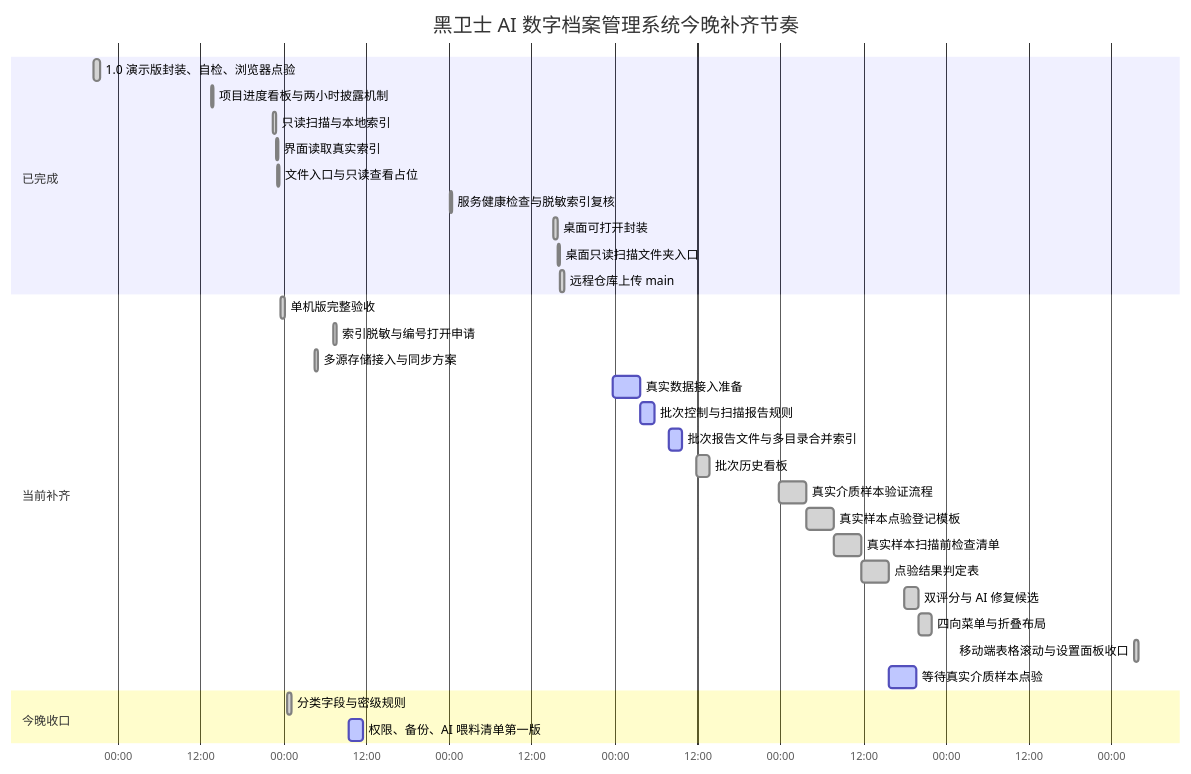
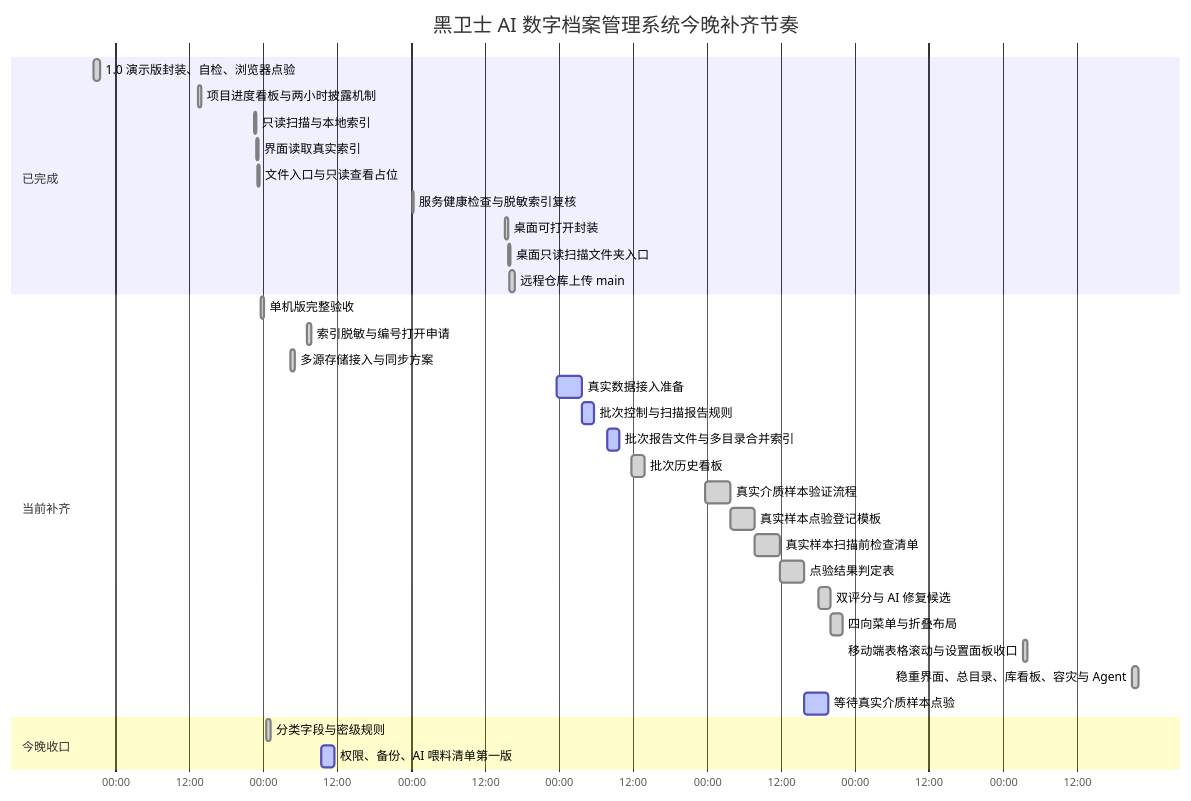
Before and after one commit to okalexhohongkong/Alex-Code-Repository: the diagram in 项目进度看板.md, drawn with Mermaid. The commit also changed other lines of this file and 7 other files, not shown here.

````diff
--- a/项目进度看板.md
+++ b/项目进度看板.md
@@ -9,38 +9,39 @@
 ```mermaid
 gantt
   title 黑卫士 AI 数字档案管理系统今晚补齐节奏
   dateFormat  YYYY-MM-DD HH:mm
   axisFormat  %H:%M
 
   section 已完成
   1.0 演示版封装、自检、浏览器点验        :done, demo-1, 2026-06-21 20:30, 1h
   项目进度看板与两小时披露机制             :done, demo-2, 2026-06-22 13:30, 25m
   只读扫描与本地索引                      :done, local-2, 2026-06-22 22:30, 25m
   界面读取真实索引                        :done, local-3, 2026-06-22 22:55, 20m
   文件入口与只读查看占位                   :done, local-4, 2026-06-22 23:05, 25m
   服务健康检查与脱敏索引复核                :done, local-health, 2026-06-24 00:10, 20m
   桌面可打开封装                           :done, desktop-1, 2026-06-24 15:10, 35m
   桌面只读扫描文件夹入口                    :done, desktop-2, 2026-06-24 15:43, 20m
   远程仓库上传 main                         :done, remote-1, 2026-06-24 16:00, 45m
 
   section 当前补齐
   单机版完整验收                          :done, local-5, 2026-06-22 23:35, 35m
   索引脱敏与编号打开申请                   :done, local-6, 2026-06-23 07:10, 35m
   多源存储接入与同步方案                   :done, storage-1, 2026-06-23 04:30, 35m
   真实数据接入准备                         :active, intake-1, 2026-06-24 23:42, 4h
   批次控制与扫描报告规则                   :active, intake-2, 2026-06-25 03:44, 2h
   批次报告文件与多目录合并索引              :active, intake-3, 2026-06-25 07:47, 2h
   批次历史看板                            :done, intake-4, 2026-06-25 11:50, 2h
   真实介质样本验证流程                    :done, intake-5, 2026-06-25 23:45, 4h
   真实样本点验登记模板                    :done, intake-6, 2026-06-26 03:46, 4h
   真实样本扫描前检查清单                  :done, intake-7, 2026-06-26 07:46, 4h
   点验结果判定表                          :done, intake-8, 2026-06-26 11:46, 4h
   双评分与 AI 修复候选                    :done, ui-score-1, 2026-06-26 18:00, 2h
   四向菜单与折叠布局                      :done, ui-menu-1, 2026-06-26 20:00, 2h
   移动端表格滚动与设置面板收口              :done, ui-mobile-1, 2026-06-28 03:20, 35m
+  稳重界面、总目录、库看板、容灾与 Agent     :done, ui-search-1, 2026-06-28 21:00, 1h
   等待真实介质样本点验                    :active, intake-9, 2026-06-26 15:46, 4h
 
   section 今晚收口
   分类字段与密级规则                       :done, class-1, 2026-06-23 00:30, 45m
   权限、备份、AI 喂料清单第一版             :active, class-2, 2026-06-23 09:30, 2h
 ```
````
